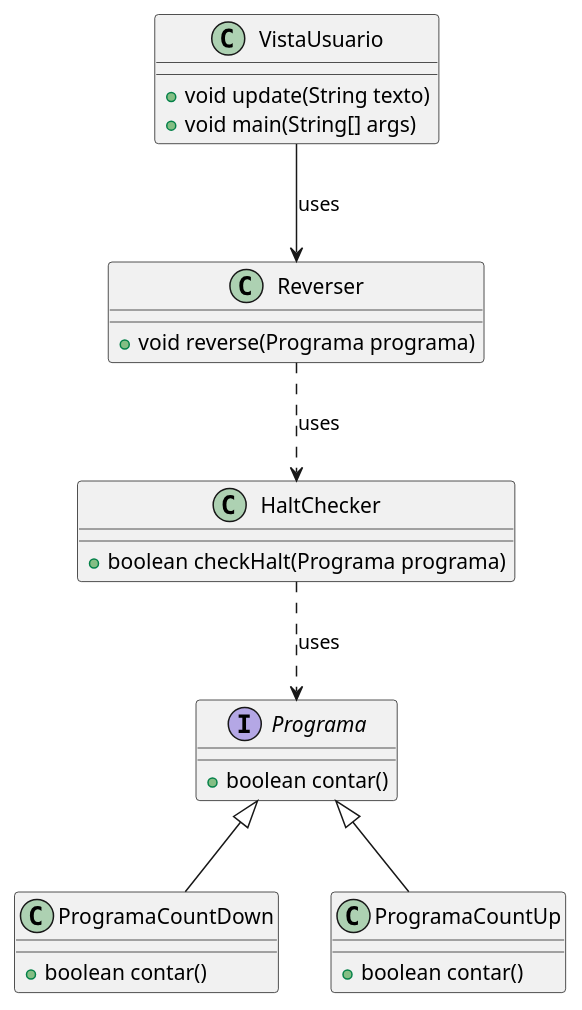
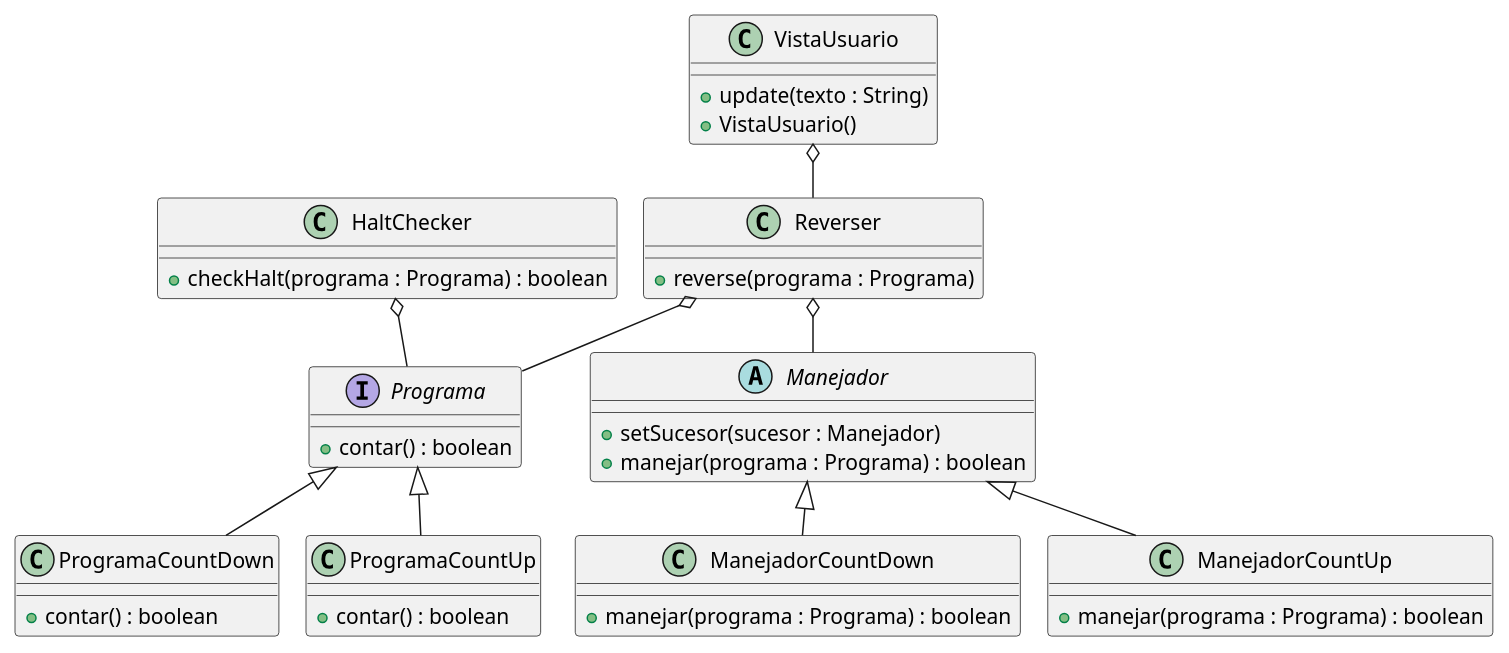
The diagram in src/main/UML.puml (Samuu10/SamuelMunozVallejoExamenPatronesComportamiento), drawn with PlantUML before and after one commit. The commit also changed 68 other files, not shown here.

```diff
--- a/src/main/UML.puml
+++ b/src/main/UML.puml
@@ -1,41 +1,53 @@
 @startuml
+!pragma layout smetana
 
-' Interfaz Programa
 interface Programa {
-    + boolean contar()
+    + contar() : boolean
 }
 
-' Clase ProgramaCountDown que implementa la interfaz Programa
 class ProgramaCountDown {
-    + boolean contar()
+    + contar() : boolean
 }
 
-' Clase ProgramaCountUp que implementa la interfaz Programa
 class ProgramaCountUp {
-    + boolean contar()
+    + contar() : boolean
 }
 
-' Clase HaltChecker
-class HaltChecker {
-    + boolean checkHalt(Programa programa)
+abstract class Manejador {
+    + setSucesor(sucesor : Manejador)
+    + manejar(programa : Programa) : boolean
 }
 
-' Clase Reverser
-class Reverser {
-    + void reverse(Programa programa)
+class ManejadorCountDown {
+    + manejar(programa : Programa) : boolean
 }
 
-' Clase Usuario
-class VistaUsuario {
-        + void update(String texto)
-        + void main(String[] args)
+class ManejadorCountUp {
+    + manejar(programa : Programa) : boolean
 }
 
-' Relaciones
+class HaltChecker {
+    + checkHalt(programa : Programa) : boolean
+}
+
+class Reverser {
+    + reverse(programa : Programa)
+}
+
+class VistaUsuario {
+    + update(texto : String)
+    + VistaUsuario()
+}
+
 Programa <|-- ProgramaCountDown
 Programa <|-- ProgramaCountUp
-HaltChecker ..> Programa : uses
-Reverser ..> HaltChecker : uses
-VistaUsuario --> Reverser : uses
+
+Manejador <|-- ManejadorCountDown
+Manejador <|-- ManejadorCountUp
+
+HaltChecker o-- Programa
+Reverser o-- Programa
+Reverser o-- Manejador
+VistaUsuario o-- Reverser
 
 @enduml
```
